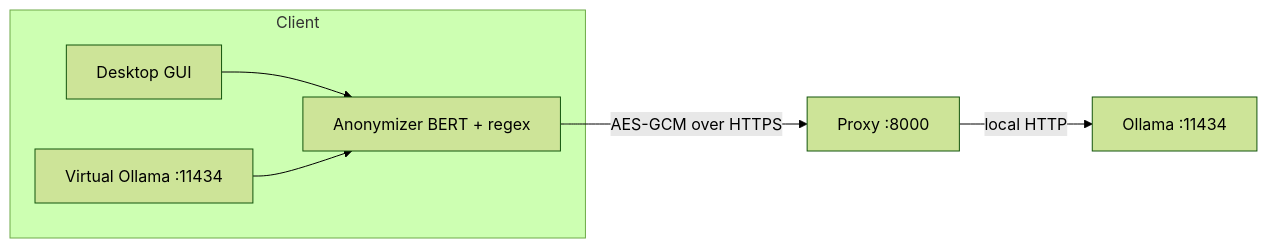
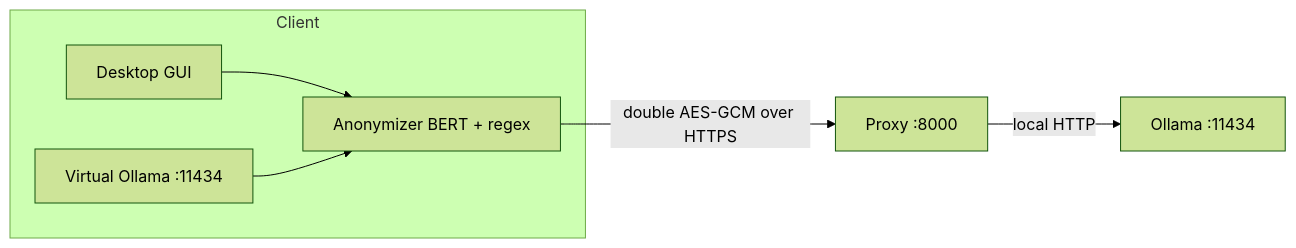
One commit to ramsestein/ollama_sliplane changed the diagram in README.md. Above: the diagram before and after it, drawn with Mermaid (forest theme). The commit also changed other lines of this file and 17 other files, not shown here.

````diff
--- a/README.md
+++ b/README.md
@@ -52,9 +52,9 @@
 ```mermaid
 flowchart LR
     subgraph Client
       GUI[Desktop GUI] --> AN[Anonymizer BERT + regex]
       LO[Virtual Ollama :11434] --> AN
     end
-    AN -- "AES-GCM over HTTPS" --> PX[Proxy :8000]
+    AN -- "double AES-GCM over HTTPS" --> PX[Proxy :8000]
     PX -- "local HTTP" --> OL[Ollama :11434]
 ```
````
